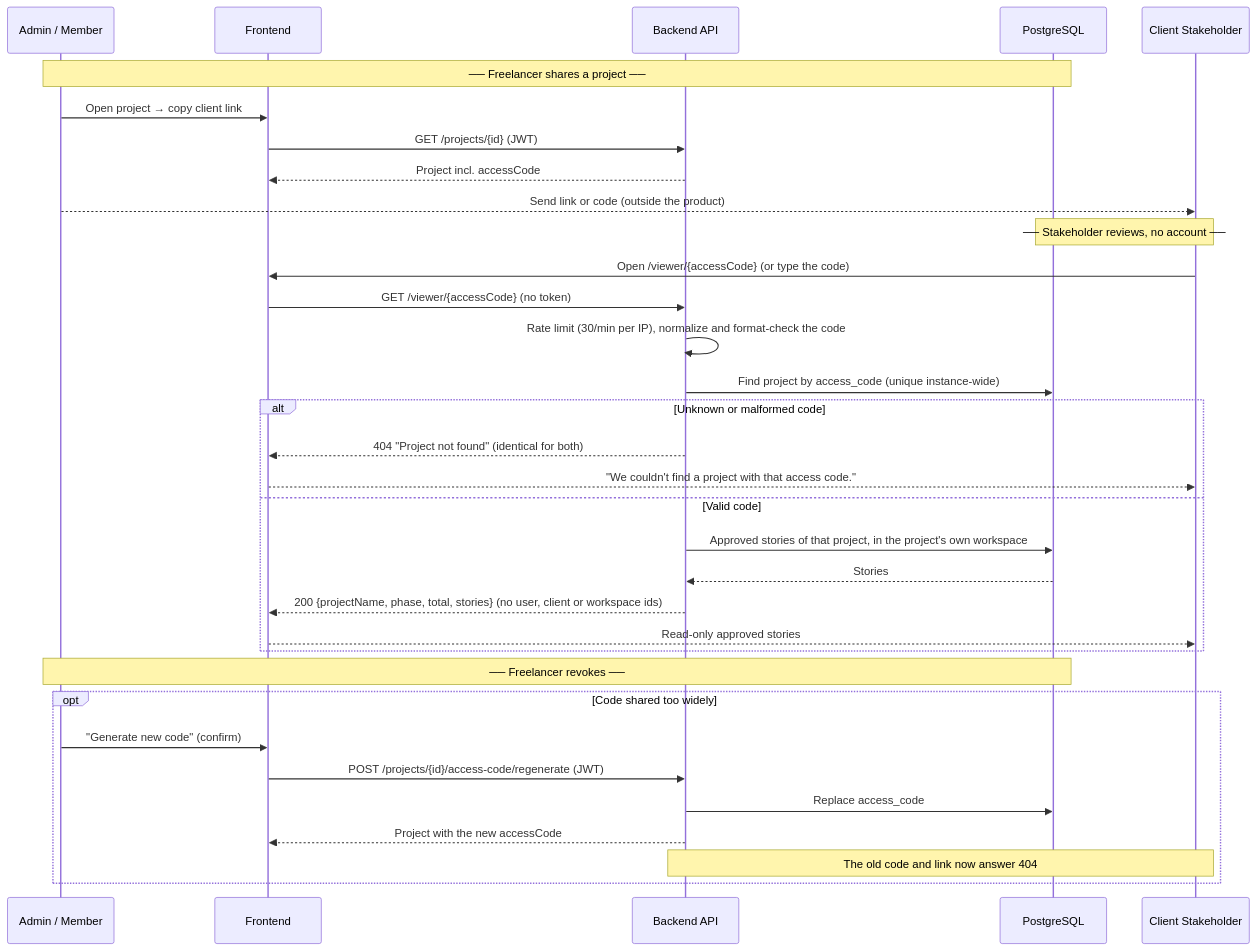
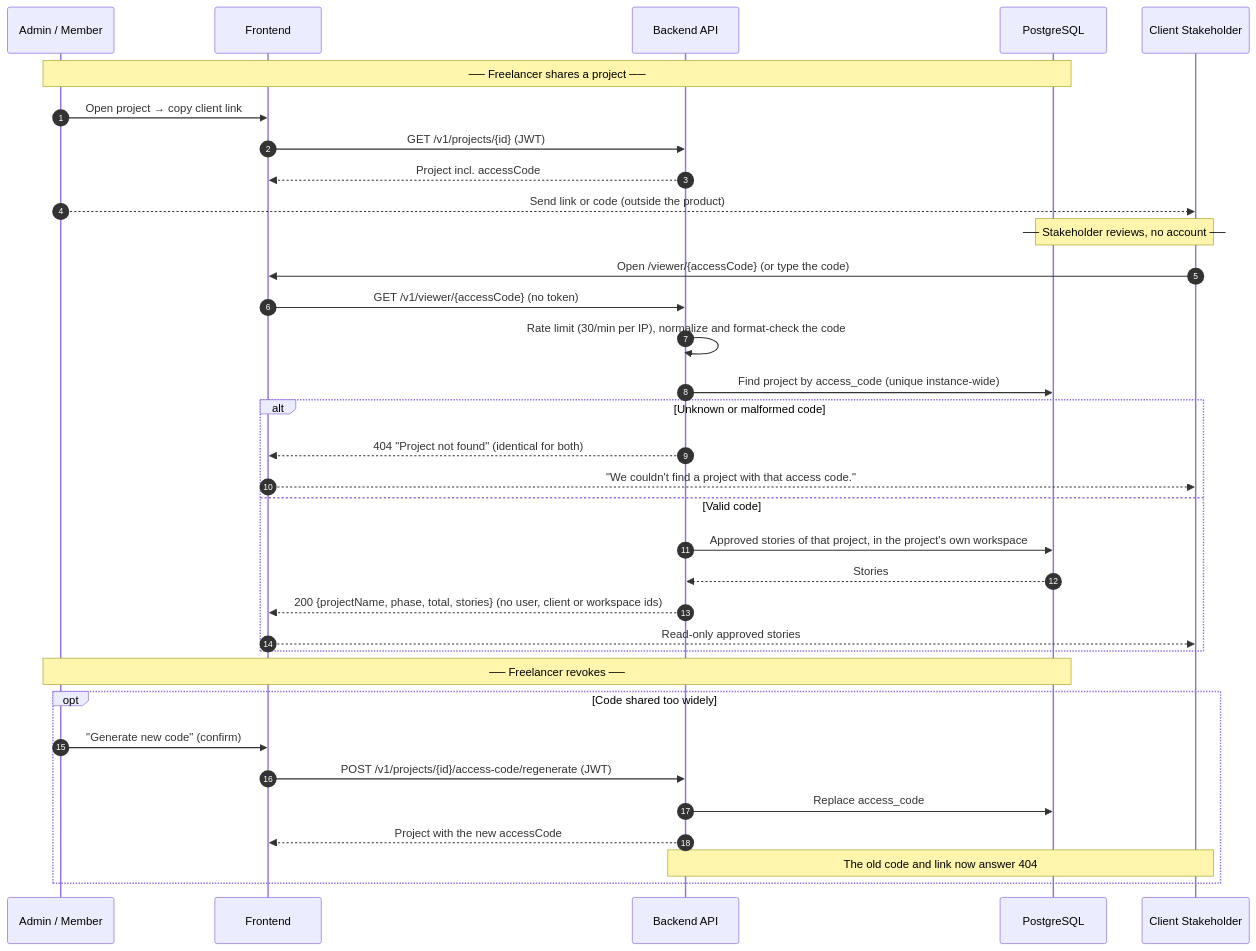
Before and after one commit to alonsovndev/open-projects-hub-docs: the tenth of 13 diagrams in docs/03-architecture/diagrams/sequence-diagrams.md, drawn with Mermaid. The commit also changed other lines of this file and 63 other files, not shown here.

````diff
--- a/docs/03-architecture/diagrams/sequence-diagrams.md
+++ b/docs/03-architecture/diagrams/sequence-diagrams.md
@@ -313,38 +317,39 @@
 ```mermaid
 sequenceDiagram
+    autonumber
     participant Freelancer as Admin / Member
     participant FE as Frontend
     participant BE as Backend API
     participant DB as PostgreSQL
     participant Stakeholder as Client Stakeholder
 
     Note over Freelancer,DB: ── Freelancer shares a project ──
     Freelancer->>FE: Open project → copy client link
-    FE->>BE: GET /projects/{id} (JWT)
+    FE->>BE: GET /v1/projects/{id} (JWT)
     BE-->>FE: Project incl. accessCode
     Freelancer-->>Stakeholder: Send link or code (outside the product)
 
     Note over Stakeholder,DB: ── Stakeholder reviews, no account ──
     Stakeholder->>FE: Open /viewer/{accessCode} (or type the code)
-    FE->>BE: GET /viewer/{accessCode} (no token)
+    FE->>BE: GET /v1/viewer/{accessCode} (no token)
     BE->>BE: Rate limit (30/min per IP), normalize and format-check the code
     BE->>DB: Find project by access_code (unique instance-wide)
     alt Unknown or malformed code
         BE-->>FE: 404 "Project not found" (identical for both)
         FE-->>Stakeholder: "We couldn't find a project with that access code."
     else Valid code
         BE->>DB: Approved stories of that project, in the project's own workspace
         DB-->>BE: Stories
         BE-->>FE: 200 {projectName, phase, total, stories} (no user, client or workspace ids)
         FE-->>Stakeholder: Read-only approved stories
     end
 
     Note over Freelancer,DB: ── Freelancer revokes ──
     opt Code shared too widely
         Freelancer->>FE: "Generate new code" (confirm)
-        FE->>BE: POST /projects/{id}/access-code/regenerate (JWT)
+        FE->>BE: POST /v1/projects/{id}/access-code/regenerate (JWT)
         BE->>DB: Replace access_code
         BE-->>FE: Project with the new accessCode
         Note over Stakeholder,BE: The old code and link now answer 404
     end
 ```
````
